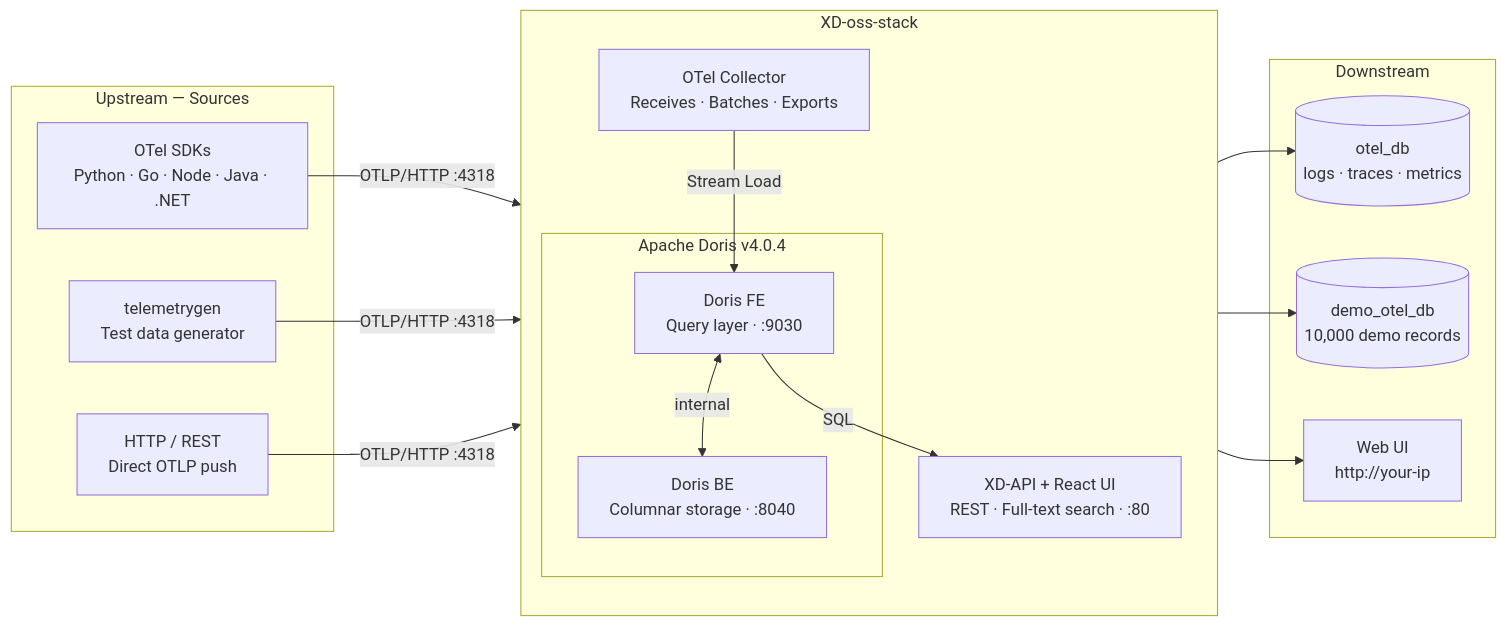
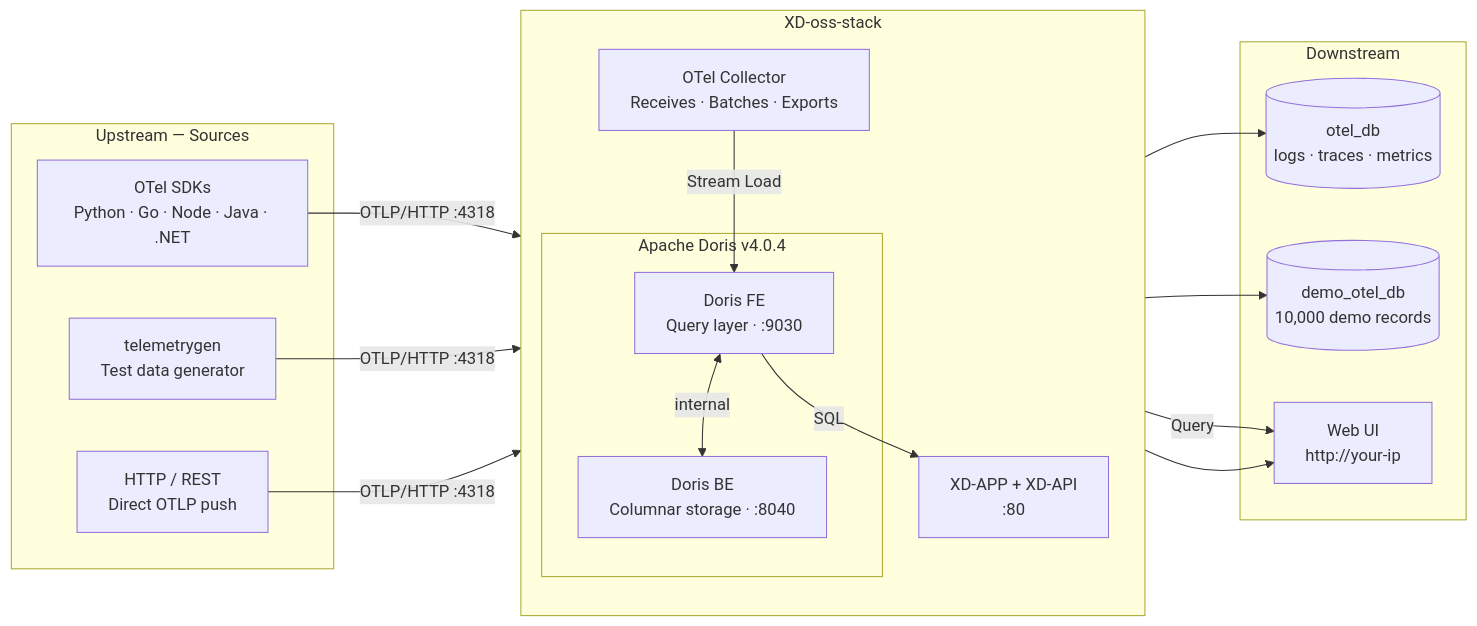
Before and after one commit to xplurdata/oss-stack: the diagram in README.md, drawn with Mermaid. The commit also changed other lines of this file, not shown here.

````diff
--- a/README.md
+++ b/README.md
@@ -43,35 +46,36 @@
 ```mermaid
 flowchart LR
     subgraph SOURCES["Upstream — Sources"]
         SDK["OTel SDKs\nPython · Go · Node · Java · .NET"]
         GEN["telemetrygen\nTest data generator"]
         HTTP["HTTP / REST\nDirect OTLP push"]
     end
 
     subgraph ENGINE["XD-oss-stack"]
         direction TB
         COL["OTel Collector\nReceives · Batches · Exports"]
         subgraph DORIS["Apache Doris v4.0.4"]
             FE["Doris FE\nQuery layer · :9030"]
             BE["Doris BE\nColumnar storage · :8040"]
             FE <-->|internal| BE
         end
-        APP["XD-API + React UI\nREST · Full-text search · :80"]
+        APP["XD-APP + XD-API\n:80"]
         COL -->|Stream Load| FE
         FE -->|SQL| APP
     end
 
     subgraph CONSUMERS["Downstream"]
         DB1[("otel_db\nlogs · traces · metrics")]
         DB2[("demo_otel_db\n10,000 demo records")]
         UI["Web UI\nhttp://your-ip"]
     end
 
     SDK  -->|OTLP/HTTP :4318| COL
     GEN  -->|OTLP/HTTP :4318| COL
     HTTP -->|OTLP/HTTP :4318| COL
 
-    APP --> DB1
-    APP --> DB2
+    BE --> DB1
+    BE --> DB2
+    FE -->|Query| UI
     APP --> UI
 ```
````
